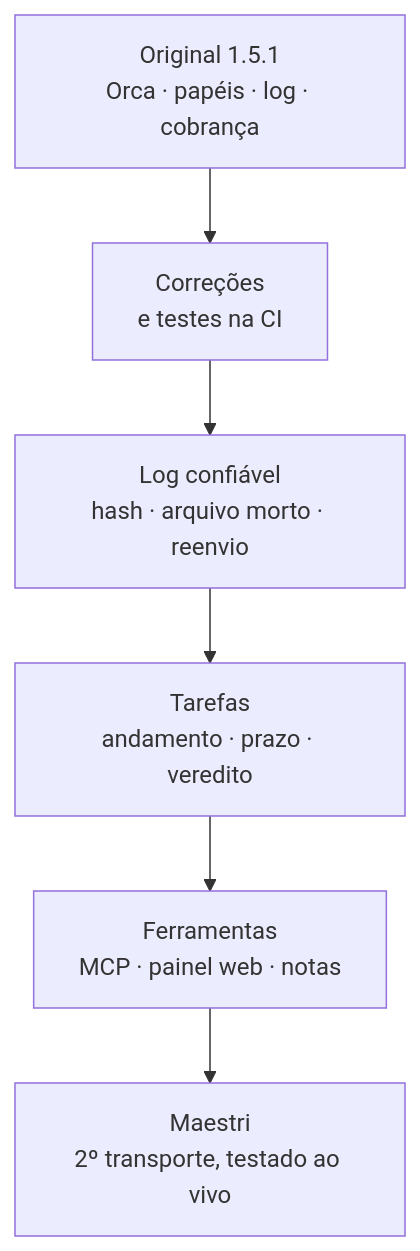
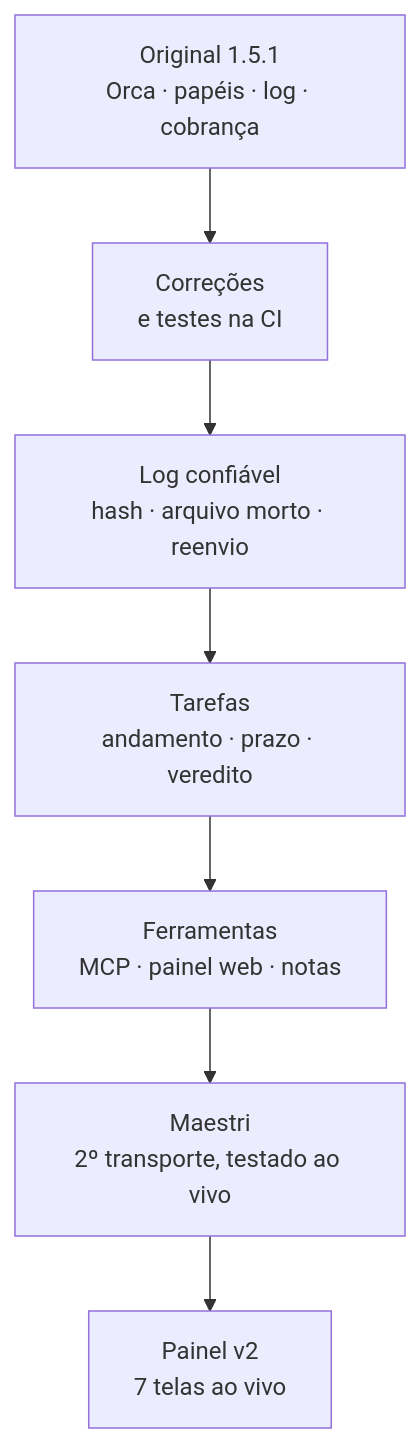
One commit to BFLabsAI/agent-board changed the second of 2 diagrams in README.md. Above: the diagram before and after it, drawn with Mermaid. The commit also changed other lines of this file and 18 other files, not shown here.

````diff
--- a/README.md
+++ b/README.md
@@ -84,8 +84,9 @@
 ```mermaid
 flowchart TB
     O["Original 1.5.1<br/>Orca · papéis · log · cobrança"] --> F0["Correções<br/>e testes na CI"]
     F0 --> F1["Log confiável<br/>hash · arquivo morto · reenvio"]
     F1 --> F2["Tarefas<br/>andamento · prazo · veredito"]
     F2 --> F3["Ferramentas<br/>MCP · painel web · notas"]
     F3 --> F4["Maestri<br/>2º transporte, testado ao vivo"]
+    F4 --> F5["Painel v2<br/>7 telas ao vivo"]
 ```
````
